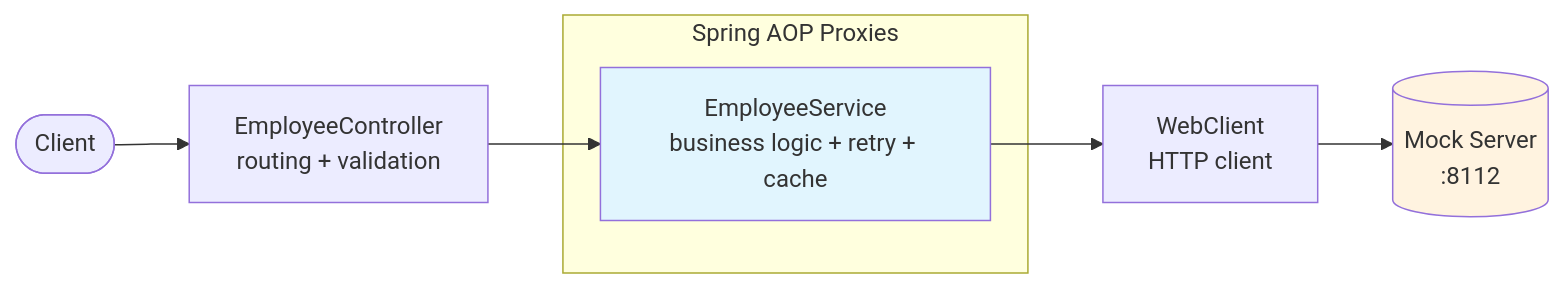
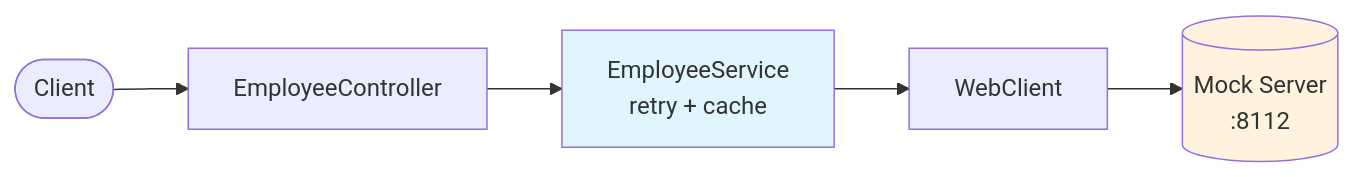
One commit to bjcoombs/java-employee-challenge changed the diagram in README.md. Above: the diagram before and after it, drawn with Mermaid. The commit also changed other lines of this file, not shown here.

````diff
--- a/README.md
+++ b/README.md
@@ -88,20 +41,16 @@
 ```mermaid
 flowchart LR
     Client([Client])
-    Controller[EmployeeController<br/>routing + validation]
-    Service[EmployeeService<br/>business logic + retry + cache]
-    WebClient[WebClient<br/>HTTP client]
+    Controller[EmployeeController]
+    Service[EmployeeService<br/>retry + cache]
+    WebClient[WebClient]
     Mock[(Mock Server<br/>:8112)]
 
     Client --> Controller
     Controller --> Service
     Service --> WebClient
     WebClient --> Mock
 
-    subgraph "Spring AOP Proxies"
-        Service
-    end
-
     style Service fill:#e1f5fe
     style Mock fill:#fff3e0
 ```
````
